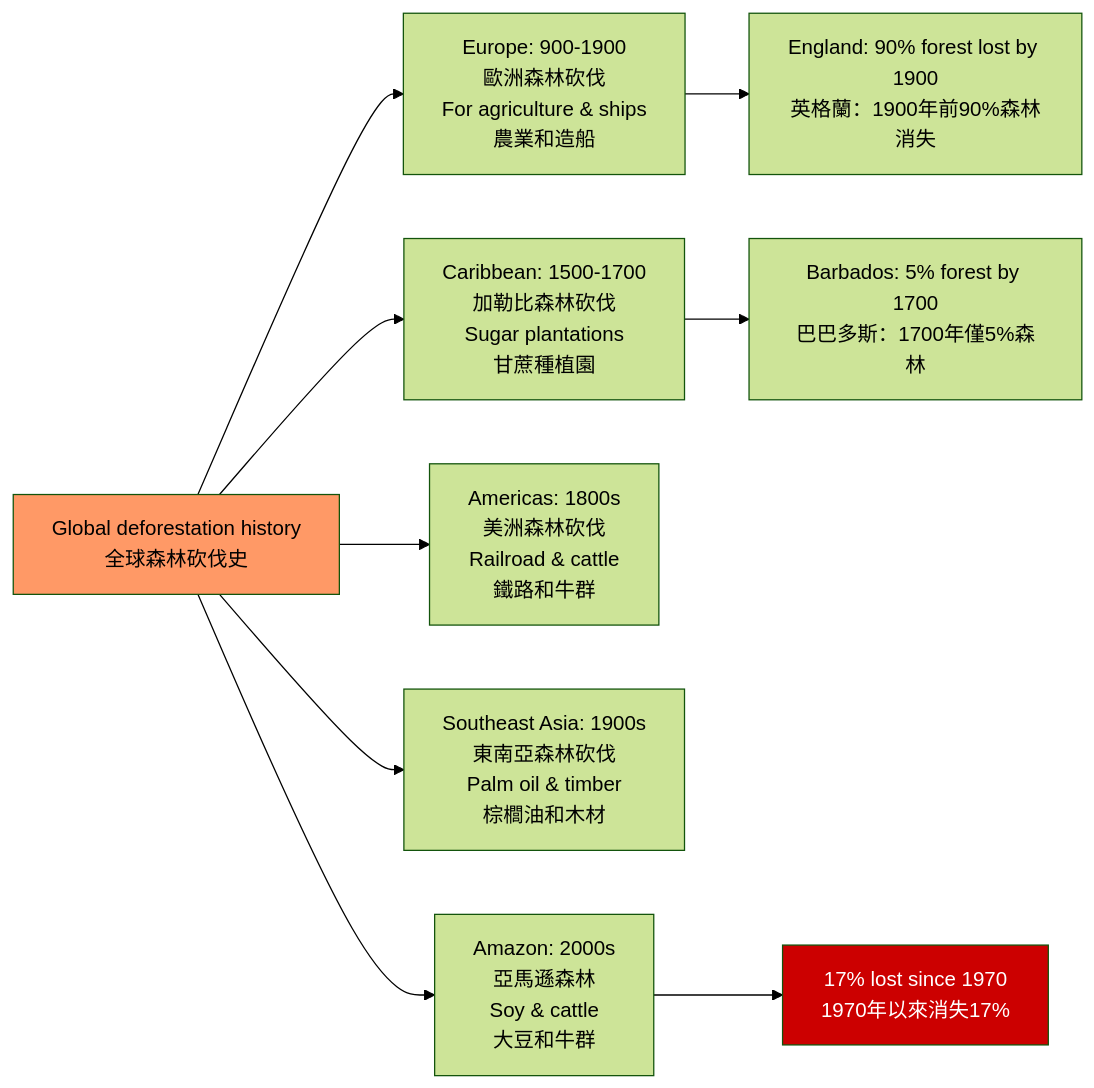
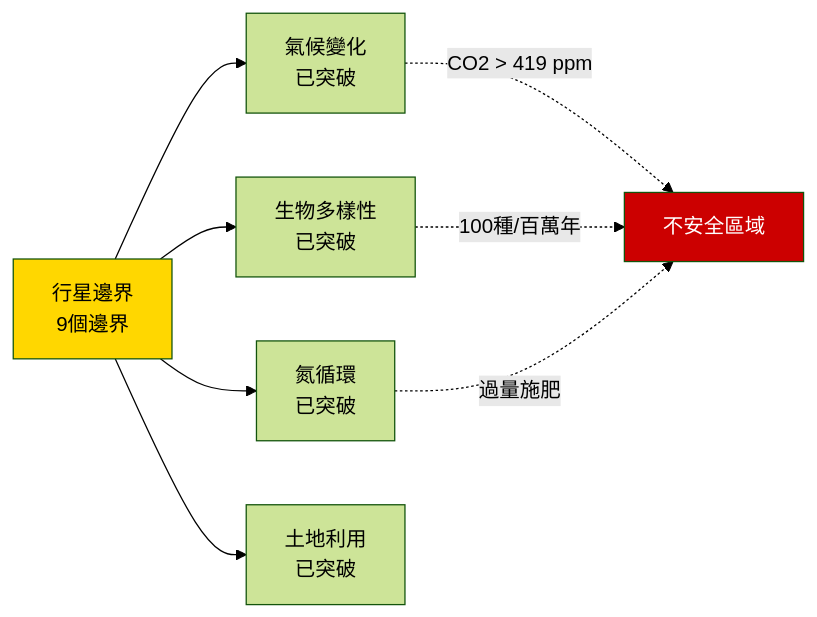
One commit to yip-lgtm/HKU-Harvard-History-Self-Study changed the second of 5 diagrams in 01_HKU_Courses/HIST2215_Global_Environmental_History.md. Above: the diagram before and after it, drawn with Mermaid (forest theme). The commit also changed other lines of this file and 5 other files, not shown here.

````diff
--- a/01_HKU_Courses/HIST2215_Global_Environmental_History.md
+++ b/01_HKU_Courses/HIST2215_Global_Environmental_History.md
@@ -83,15 +270,14 @@
 ```mermaid
 graph LR
-    A[Global deforestation history<br/>全球森林砍伐史] --> B[Europe: 900-1900<br/>歐洲森林砍伐<br/>For agriculture & ships<br/>農業和造船]
-    A --> C[Caribbean: 1500-1700<br/>加勒比森林砍伐<br/>Sugar plantations<br/>甘蔗種植園]
-    A --> D[Americas: 1800s<br/>美洲森林砍伐<br/>Railroad & cattle<br/>鐵路和牛群]
-    A --> E[Southeast Asia: 1900s<br/>東南亞森林砍伐<br/>Palm oil & timber<br/>棕櫚油和木材]
-    A --> F[Amazon: 2000s<br/>亞馬遜森林<br/>Soy & cattle<br/>大豆和牛群]
+    A["行星邊界<br/>9個邊界"] --> B["氣候變化<br/>已突破"]
+    A --> C["生物多樣性<br/>已突破"]
+    A --> D["氮循環<br/>已突破"]
+    A --> E["土地利用<br/>已突破"]
     
-    B --> B1[England: 90% forest lost by 1900<br/>英格蘭：1900年前90%森林消失]
-    C --> C1[Barbados: 5% forest by 1700<br/>巴巴多斯：1700年僅5%森林]
-    F --> F1[17% lost since 1970<br/>1970年以來消失17%]
+    B -.->|"CO2 > 419 ppm"| F["不安全區域"]
+    C -.->|"100種/百萬年"| F
+    D -.->|"過量施肥"| F
     
-    style A fill:#f96
-    style F1 fill:#c00,color:#fff
+    style A fill:#FFD700
+    style F fill:#c00,color:#fff
 ```
````
